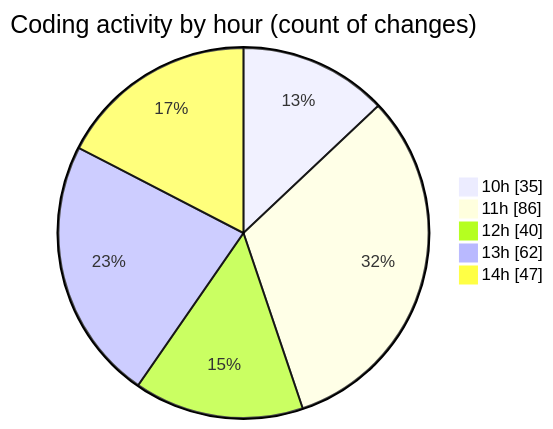
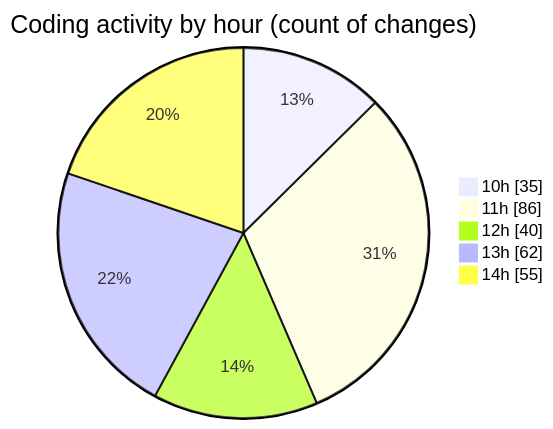
The second of 2 diagrams in 2025-03-28/cda/README.md (momahboobian/code-tracking), drawn with Mermaid before and after one commit. The commit also changed other lines of this file and 1 other file, not shown here.

````diff
--- a/2025-03-28/cda/README.md
+++ b/2025-03-28/cda/README.md
@@ -36,9 +36,9 @@
 ```mermaid
 pie showData
 title Coding activity by hour (count of changes)
 "10h" : 35
 "11h" : 86
 "12h" : 40
 "13h" : 62
-"14h" : 47
+"14h" : 55
 ```
````
